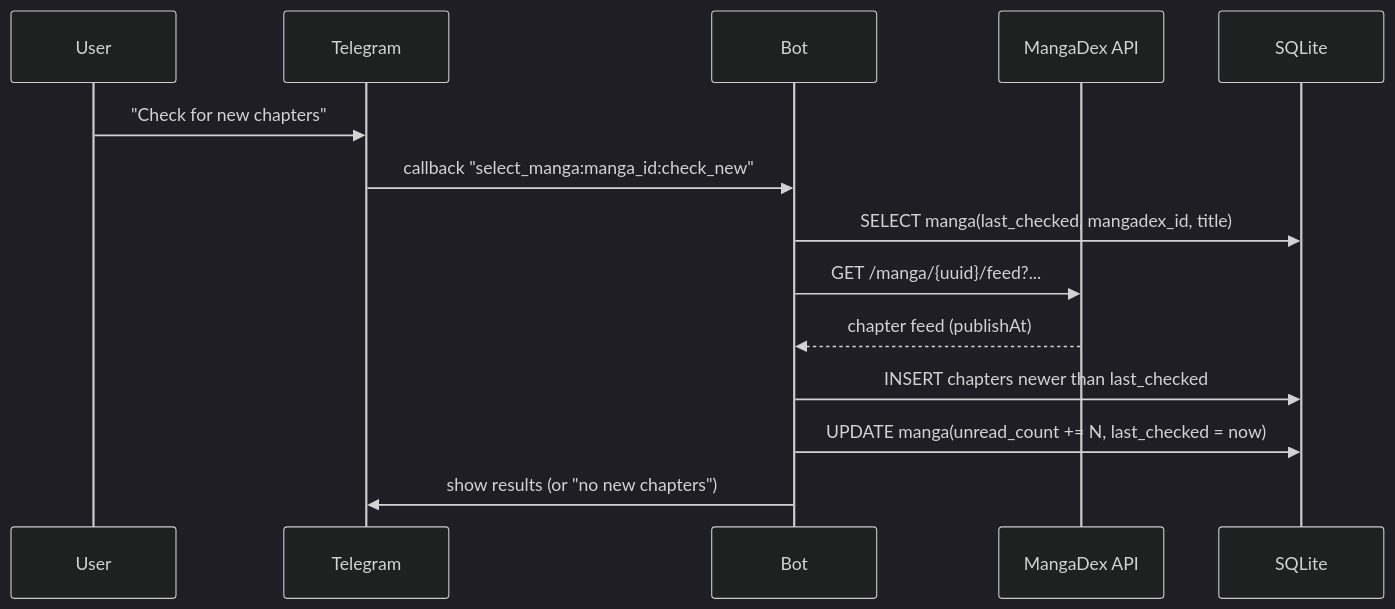
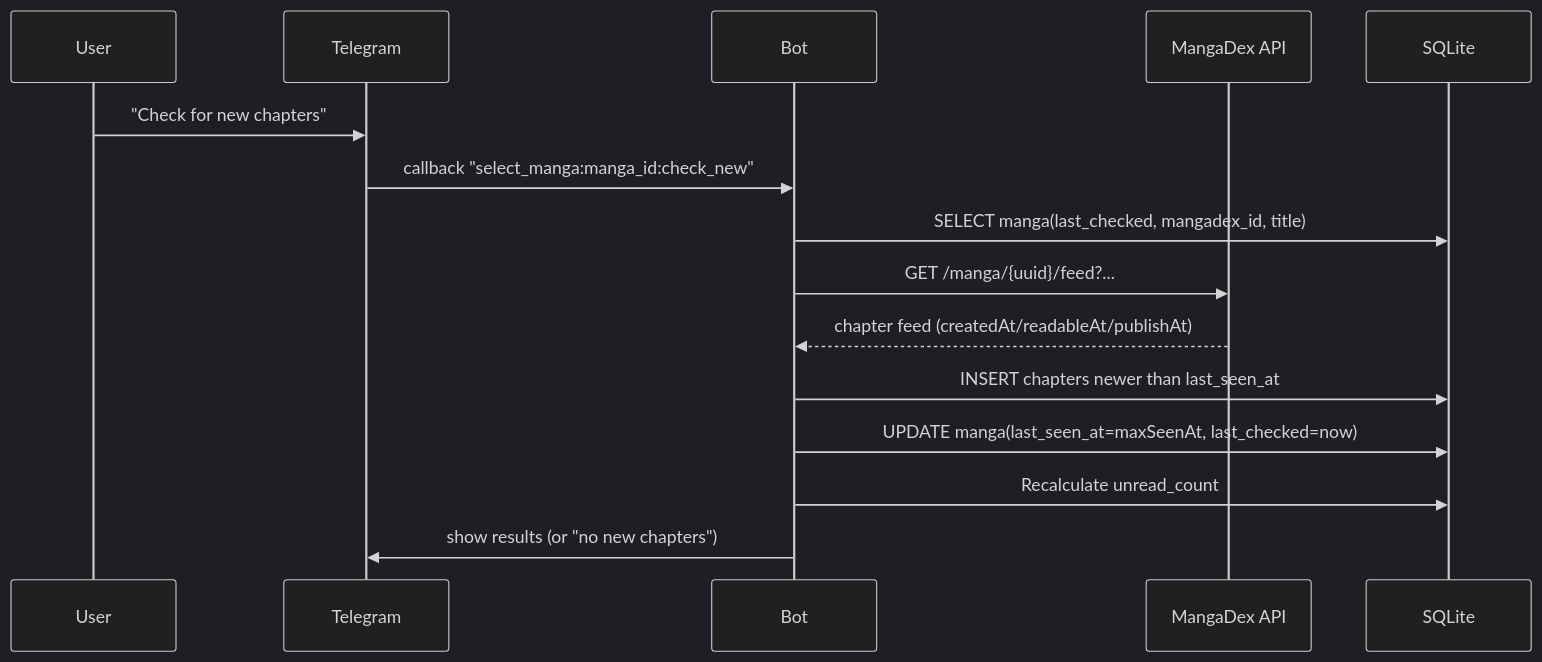
One commit to BattermanZ/ReleaseNoJutsu changed the sixth of 9 diagrams in docs/workflow.md. Above: the diagram before and after it, drawn with Mermaid (dark theme). The commit also changed other lines of this file and 11 other files, not shown here.

Commit message:
refactor: full chapter fetching and unread chapter selection refactor

````diff
--- a/docs/workflow.md
+++ b/docs/workflow.md
@@ -170,17 +170,18 @@
 ```mermaid
 sequenceDiagram
   participant U as User
   participant T as Telegram
   participant B as Bot
   participant MD as MangaDex API
   participant DB as SQLite
 
   U->>T: "Check for new chapters"
   T->>B: callback "select_manga:manga_id:check_new"
   B->>DB: SELECT manga(last_checked, mangadex_id, title)
   B->>MD: GET /manga/{uuid}/feed?...
-  MD-->>B: chapter feed (publishAt)
-  B->>DB: INSERT chapters newer than last_checked
-  B->>DB: UPDATE manga(unread_count += N, last_checked = now)
+  MD-->>B: chapter feed (createdAt/readableAt/publishAt)
+  B->>DB: INSERT chapters newer than last_seen_at
+  B->>DB: UPDATE manga(last_seen_at=maxSeenAt, last_checked=now)
+  B->>DB: Recalculate unread_count
   B->>T: show results (or "no new chapters")
 ```
````
